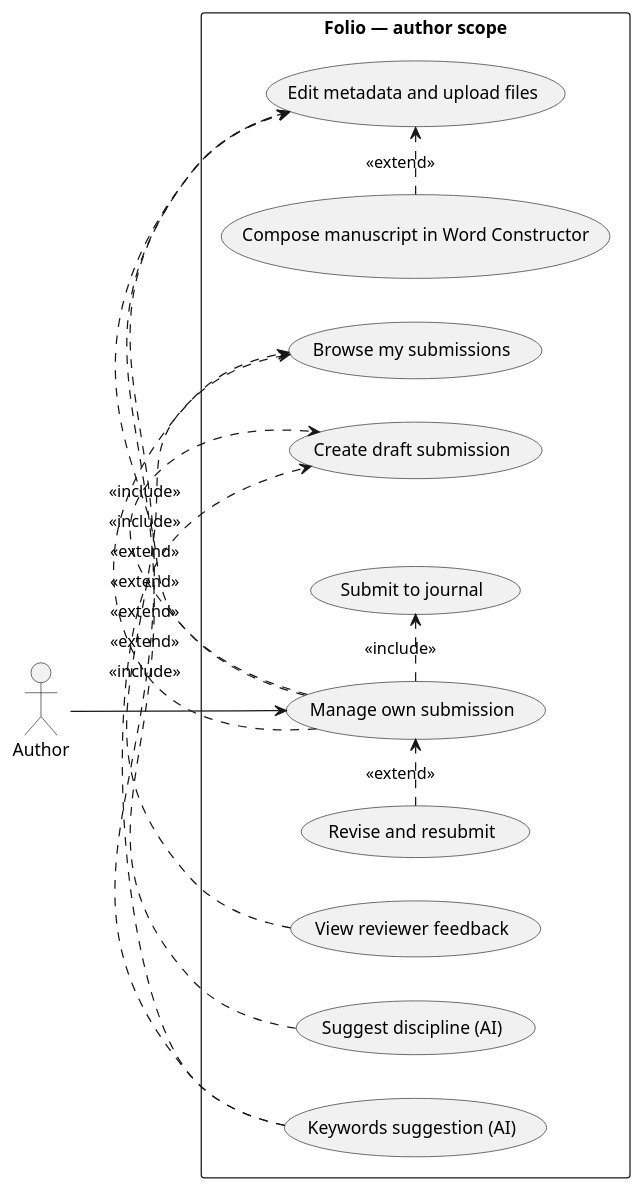
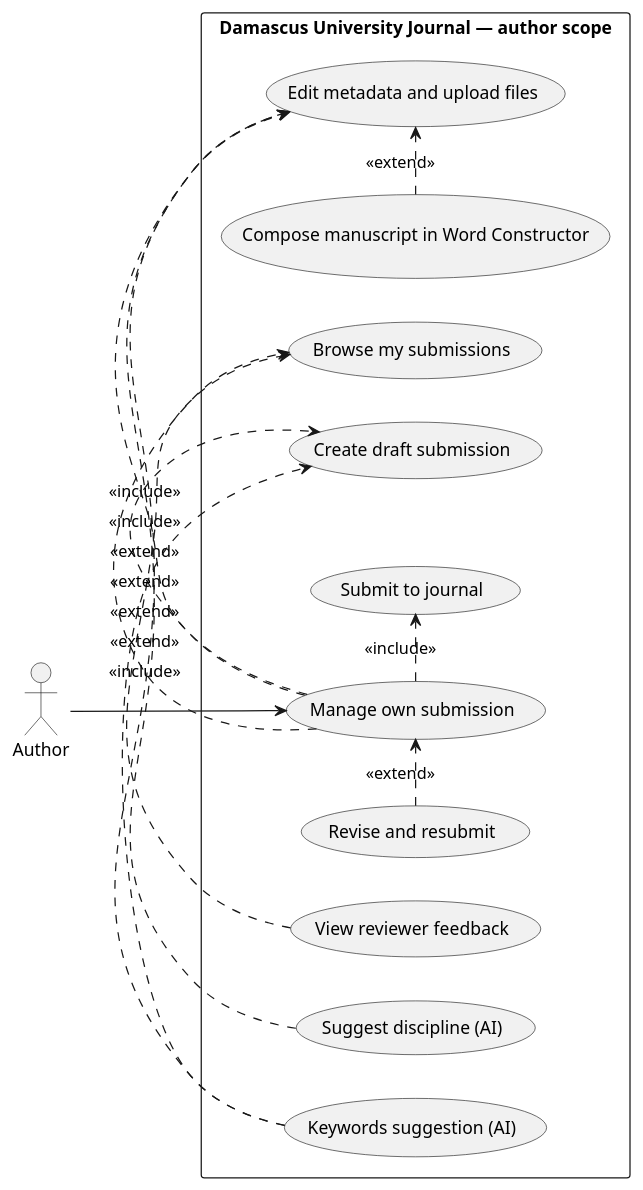
Before and after one commit to OmarNajiAlhayek/folio: the diagram in docs/diagrams/use-cases/author.puml, drawn with PlantUML. The commit also changed 47 other files, not shown here.

```diff
--- a/docs/diagrams/use-cases/author.puml
+++ b/docs/diagrams/use-cases/author.puml
@@ -1,42 +1,42 @@
 @startuml folio-author-use-cases
-' Folio — Author essentials (submission.manage_own only)
+' Damascus University Journal — Author essentials (submission.manage_own only)
 ' AI: suggest discipline, keyword suggestions (docs/plans/ai-service.md)
 ' Excludes staff roles (editor, journal manager, reviewer, copyeditor diagrams)
 ' Render: https://www.plantuml.com/plantuml
 
 left to right direction
 skinparam packageStyle rectangle
 skinparam actorStyle stickman
 
 actor "Author" as AU
 
-rectangle "Folio — author scope" {
+rectangle "Damascus University Journal — author scope" {
 
   usecase "Manage own submission" as UC_Own
   usecase "Browse my submissions" as UC_List
   usecase "Create draft submission" as UC_Create
   usecase "Edit metadata and upload files" as UC_Edit
   usecase "Compose manuscript in Word Constructor" as UC_Constructor
   usecase "Submit to journal" as UC_Submit
   usecase "Revise and resubmit" as UC_Revise
   usecase "View reviewer feedback" as UC_Feedback
 
   usecase "Suggest discipline (AI)" as UC_AiDiscipline
   usecase "Keywords suggestion (AI)" as UC_AiKeywords
 }
 
 AU --> UC_Own
 
 UC_Own .> UC_List : <<include>>
 UC_Own .> UC_Create : <<include>>
 UC_Own .> UC_Edit : <<include>>
 UC_Own .> UC_Submit : <<include>>
 UC_Constructor .> UC_Edit : <<extend>>
 UC_Revise .> UC_Own : <<extend>>
 UC_Feedback .> UC_List : <<extend>>
 
 UC_AiDiscipline .> UC_Edit : <<extend>>
 UC_AiKeywords .> UC_Edit : <<extend>>
 UC_AiKeywords .> UC_Create : <<extend>>
 
 @enduml
```
